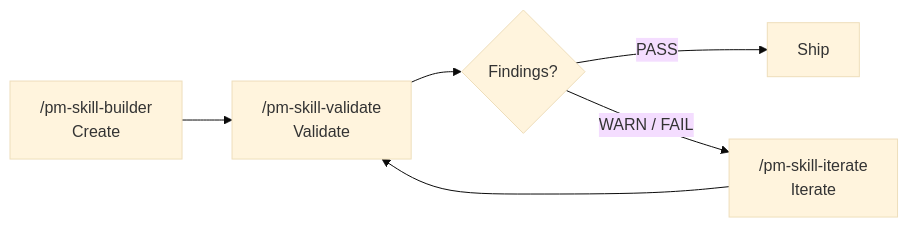
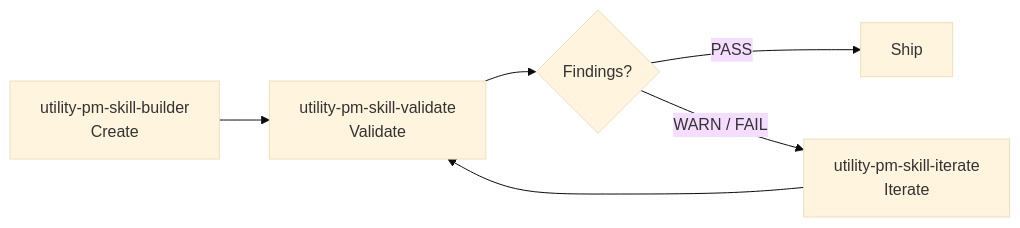
One commit to product-on-purpose/pm-skills changed the third of 3 diagrams in docs/index.mdx. Above: the diagram before and after it, drawn with Mermaid (base theme). The commit also changed other lines of this file and 187 other files, not shown here.

````diff
--- a/docs/index.mdx
+++ b/docs/index.mdx
@@ -182,8 +182,8 @@
 ```mermaid
 flowchart LR
-    Create["/pm-skill-builder<br/>Create"] --> Validate["/pm-skill-validate<br/>Validate"]
+    Create["utility-pm-skill-builder<br/>Create"] --> Validate["utility-pm-skill-validate<br/>Validate"]
     Validate --> Decision{Findings?}
     Decision -- "PASS" --> Ship["Ship"]
-    Decision -- "WARN / FAIL" --> Iterate["/pm-skill-iterate<br/>Iterate"]
+    Decision -- "WARN / FAIL" --> Iterate["utility-pm-skill-iterate<br/>Iterate"]
     Iterate --> Validate
 ```
````
